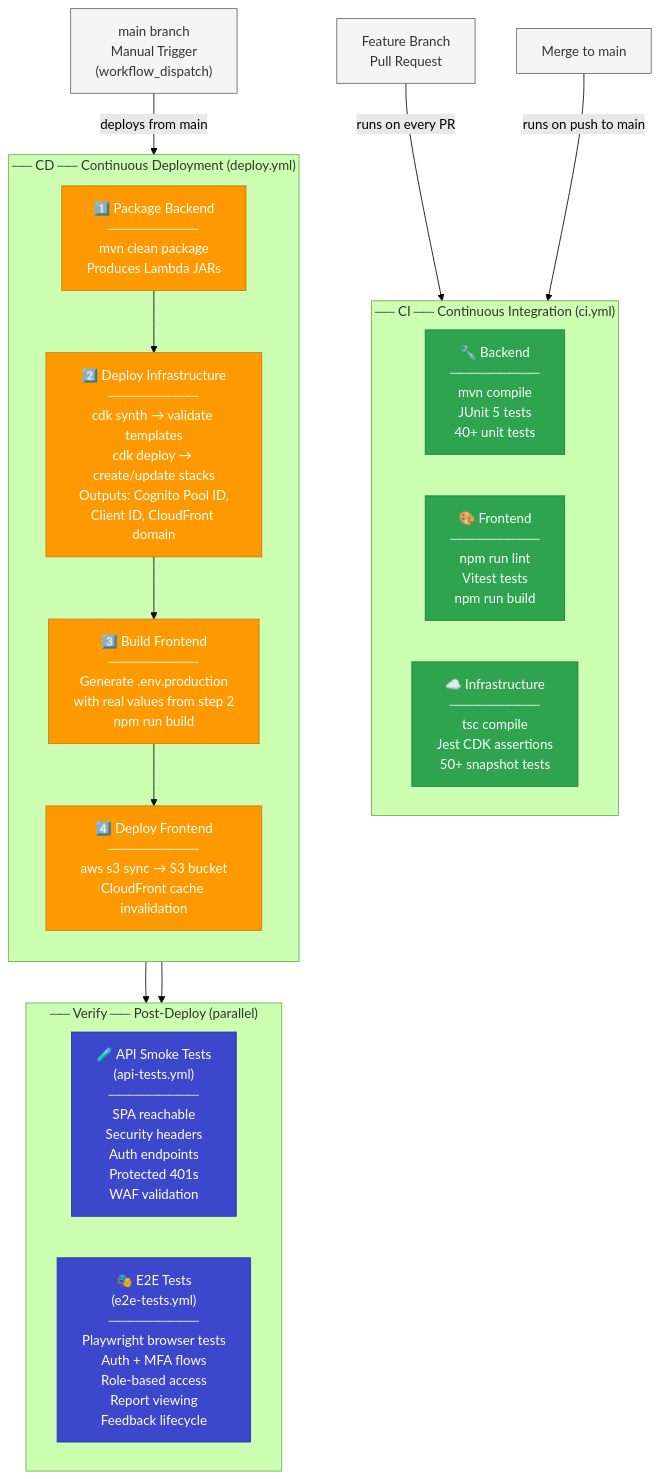
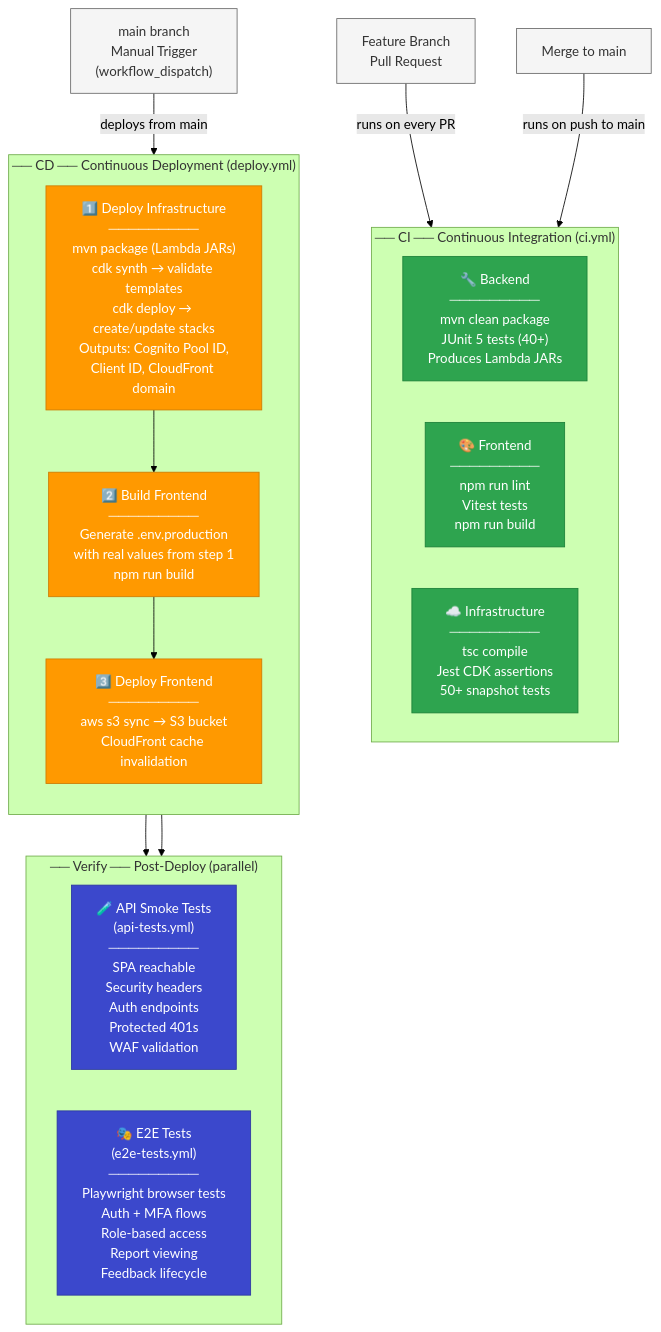
The seventh of 15 diagrams in README.md (shanakaj/ReportsPortal), drawn with Mermaid (forest theme) before and after one commit. The commit also changed other lines of this file, not shown here.

Commit message:
Move backend packaging from CD to CI in pipeline diagram
Backend build/test/package is a CI activity. CD now starts at
Deploy Infrastructure. The mvn package sub-step is noted inside
the CDK deploy box since deploy.yml rebuilds JARs for deployment.

````diff
--- a/README.md
+++ b/README.md
@@ -238,48 +238,44 @@
 ```mermaid
 flowchart TD
     PR["Feature Branch\nPull Request"] -->|"runs on every PR"| CI
     MERGE["Merge to main"] -->|"runs on push to main"| CI
     MANUAL["main branch\nManual Trigger\n(workflow_dispatch)"] -->|"deploys from main"| CD
 
     subgraph CI["── CI ── Continuous Integration (ci.yml)"]
         direction LR
-        BE_CI["🔧 Backend\n─────────\nmvn compile\nJUnit 5 tests\n40+ unit tests"]
+        BE_CI["🔧 Backend\n─────────\nmvn clean package\nJUnit 5 tests (40+)\nProduces Lambda JARs"]
         FE_CI["🎨 Frontend\n─────────\nnpm run lint\nVitest tests\nnpm run build"]
         INFRA_CI["☁️ Infrastructure\n─────────\ntsc compile\nJest CDK assertions\n50+ snapshot tests"]
     end
 
     subgraph CD["── CD ── Continuous Deployment (deploy.yml)"]
         direction TB
-        BE_BUILD["1️⃣ Package Backend\n─────────\nmvn clean package\nProduces Lambda JARs"]
-
-        BE_BUILD --> CDK_DEPLOY
-
-        CDK_DEPLOY["2️⃣ Deploy Infrastructure\n─────────\ncdk synth → validate templates\ncdk deploy → create/update stacks\nOutputs: Cognito Pool ID,\nClient ID, CloudFront domain"]
+        CDK_DEPLOY["1️⃣ Deploy Infrastructure\n─────────\nmvn package (Lambda JARs)\ncdk synth → validate templates\ncdk deploy → create/update stacks\nOutputs: Cognito Pool ID,\nClient ID, CloudFront domain"]
 
         CDK_DEPLOY --> FE_BUILD
 
-        FE_BUILD["3️⃣ Build Frontend\n─────────\nGenerate .env.production\nwith real values from step 2\nnpm run build"]
+        FE_BUILD["2️⃣ Build Frontend\n─────────\nGenerate .env.production\nwith real values from step 1\nnpm run build"]
 
         FE_BUILD --> FE_DEPLOY
 
-        FE_DEPLOY["4️⃣ Deploy Frontend\n─────────\naws s3 sync → S3 bucket\nCloudFront cache invalidation"]
+        FE_DEPLOY["3️⃣ Deploy Frontend\n─────────\naws s3 sync → S3 bucket\nCloudFront cache invalidation"]
     end
 
     subgraph VERIFY["── Verify ── Post-Deploy (parallel)"]
         direction LR
         API_TEST["🧪 API Smoke Tests\n(api-tests.yml)\n─────────\nSPA reachable\nSecurity headers\nAuth endpoints\nProtected 401s\nWAF validation"]
         E2E_TEST["🎭 E2E Tests\n(e2e-tests.yml)\n─────────\nPlaywright browser tests\nAuth + MFA flows\nRole-based access\nReport viewing\nFeedback lifecycle"]
     end
 
     FE_DEPLOY --> API_TEST & E2E_TEST
 
     classDef trigger fill:#f5f5f5,stroke:#666,color:#333
     classDef ci fill:#2ea44f,stroke:#1a7f37,color:#fff
     classDef cd fill:#ff9900,stroke:#cc7a00,color:#fff
     classDef verify fill:#3b48cc,stroke:#2a35a0,color:#fff
 
     class PR,MERGE,MANUAL trigger
     class BE_CI,FE_CI,INFRA_CI ci
-    class BE_BUILD,CDK_DEPLOY,FE_BUILD,FE_DEPLOY cd
+    class CDK_DEPLOY,FE_BUILD,FE_DEPLOY cd
     class API_TEST,E2E_TEST verify
 ```
````
